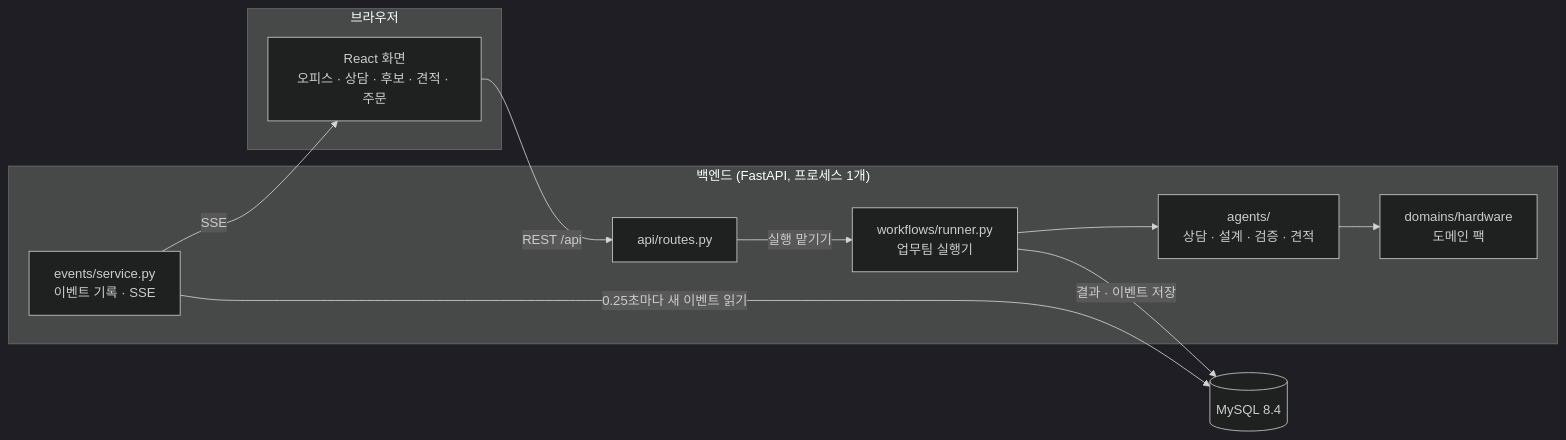
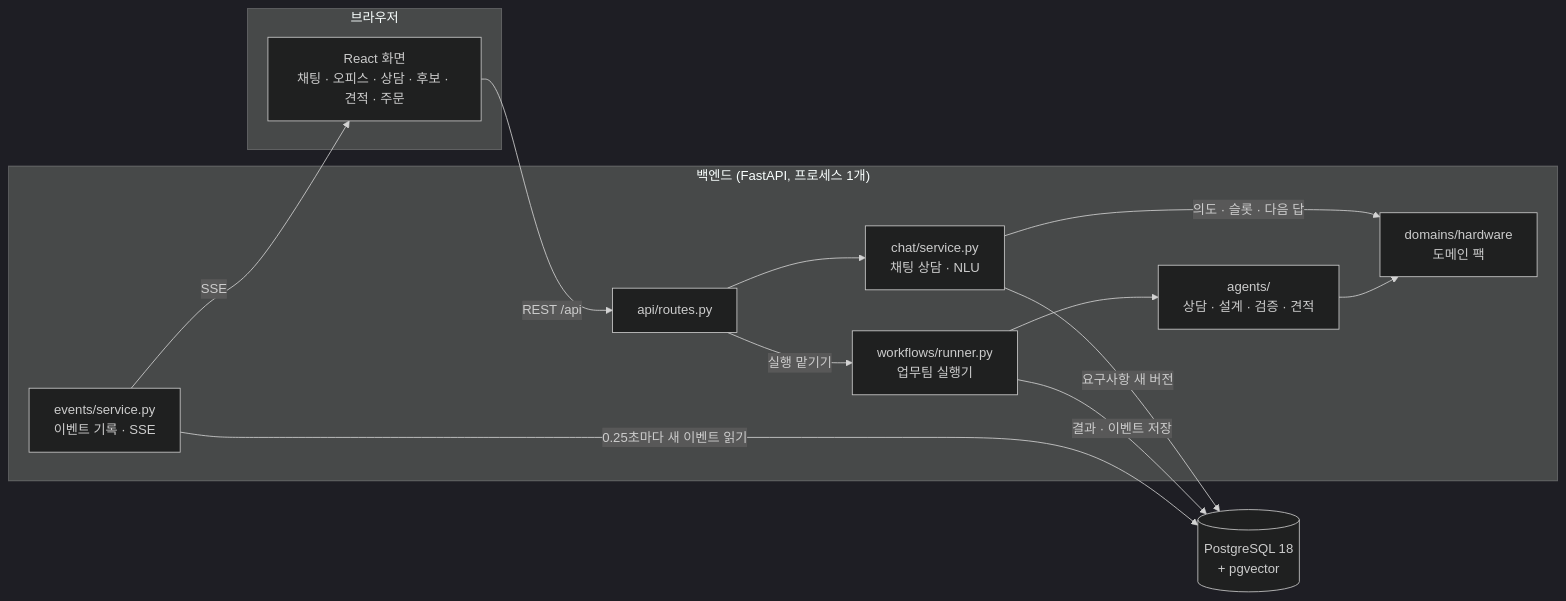
One commit to SKNETWORKS-FAMILY-AICAMP/SKN35-FINAL-6TEAM changed the first of 4 diagrams in docs/ARCHITECTURE.md. Above: the diagram before and after it, drawn with Mermaid (dark theme). The commit also changed other lines of this file and 6 other files, not shown here.

Commit message:
문서: 2026-11-12 팀 합의 결정 · PostgreSQL 버전 근거 · 채팅/NLU 구조 · ML 계획(ML_PLAN) · DB 안내 갱신

````diff
--- a/docs/ARCHITECTURE.md
+++ b/docs/ARCHITECTURE.md
@@ -8,21 +8,25 @@
 ```mermaid
 flowchart LR
   subgraph 브라우저
-    UI[React 화면<br/>오피스 · 상담 · 후보 · 견적 · 주문]
+    UI[React 화면<br/>채팅 · 오피스 · 상담 · 후보 · 견적 · 주문]
   end
   subgraph 백엔드["백엔드 (FastAPI, 프로세스 1개)"]
     API[api/routes.py]
+    CHAT[chat/service.py<br/>채팅 상담 · NLU]
     RUN[workflows/runner.py<br/>업무팀 실행기]
     AG[agents/<br/>상담 · 설계 · 검증 · 견적]
     DP[domains/hardware<br/>도메인 팩]
     EV[events/service.py<br/>이벤트 기록 · SSE]
   end
-  DB[(MySQL 8.4)]
+  DB[(PostgreSQL 18<br/>+ pgvector)]
   UI -- REST /api --> API
+  API --> CHAT
+  CHAT -- 의도 · 슬롯 · 다음 답 --> DP
+  CHAT -- 요구사항 새 버전 --> DB
   API -- 실행 맡기기 --> RUN
   RUN --> AG
   AG --> DP
   RUN -- 결과 · 이벤트 저장 --> DB
   EV -- 0.25초마다 새 이벤트 읽기 --> DB
   EV -- SSE --> UI
 ```
````
